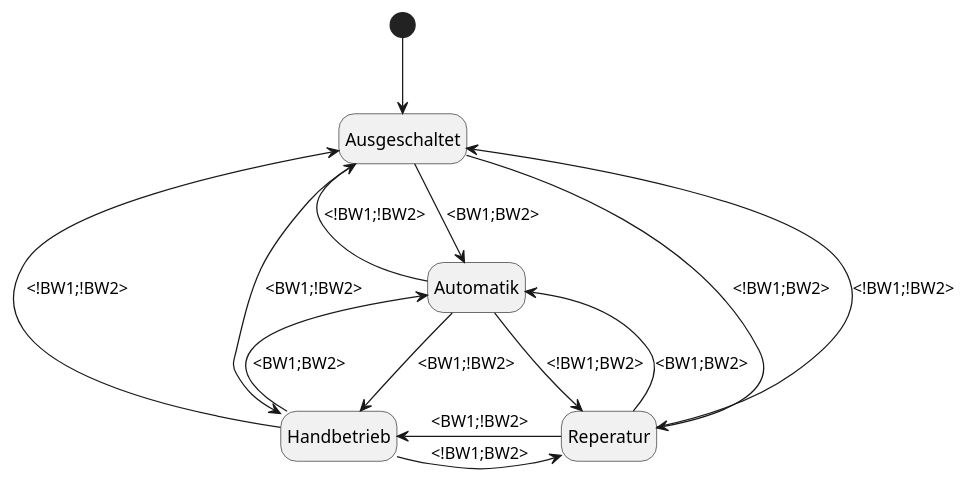
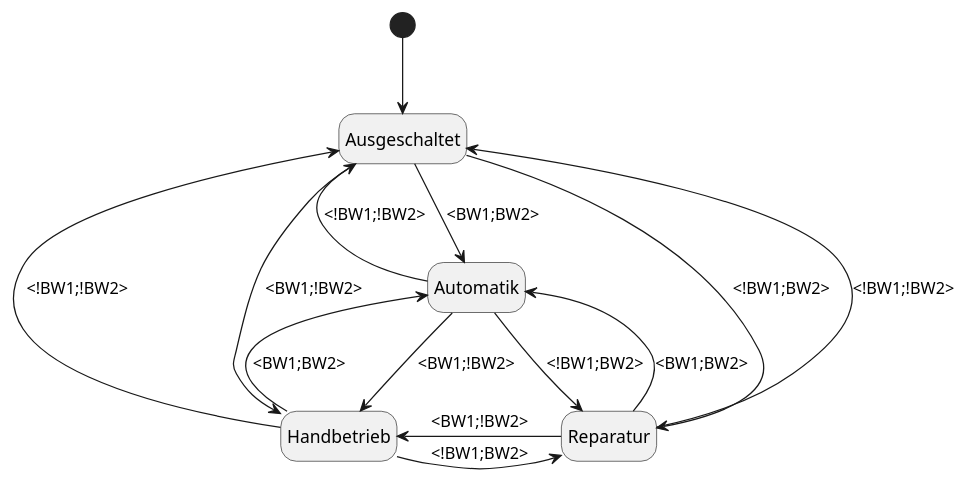
Before and after one commit to duha887b/ART-1_Tuersteuerung: the diagram in Workspace_ART1-Tuersteuerung_2022.05/Tuersteuerung/UML/Automat_Betriebswahl.puml, drawn with PlantUML. The commit also changed 2 other files, not shown here.

```diff
--- a/Workspace_ART1-Tuersteuerung_2022.05/Tuersteuerung/UML/Automat_Betriebswahl.puml
+++ b/Workspace_ART1-Tuersteuerung_2022.05/Tuersteuerung/UML/Automat_Betriebswahl.puml
@@ -1,25 +1,25 @@
 @startuml
 hide empty description
 
 [*] --> Ausgeschaltet
-Ausgeschaltet  -right-> Reperatur : <!BW1;BW2>
+Ausgeschaltet  -right-> Reparatur : <!BW1;BW2>
 Ausgeschaltet  -down-> Automatik : <BW1;BW2>
 Ausgeschaltet  -down-> Handbetrieb : <BW1;!BW2>
 
 
-Ausgeschaltet  <- Reperatur : <!BW1;!BW2>
+Ausgeschaltet  <- Reparatur : <!BW1;!BW2>
 Ausgeschaltet  <- Handbetrieb : <!BW1;!BW2>
 Ausgeschaltet  <- Automatik : <!BW1;!BW2>
 
-Reperatur --> Automatik : <BW1;BW2>
-Reperatur -left-> Handbetrieb : <BW1;!BW2>
+Reparatur --> Automatik : <BW1;BW2>
+Reparatur -left-> Handbetrieb : <BW1;!BW2>
 
 
-Reperatur <- Automatik : <!BW1;BW2>
-Reperatur <- Handbetrieb : <!BW1;BW2>
+Reparatur <- Automatik : <!BW1;BW2>
+Reparatur <- Handbetrieb : <!BW1;BW2>
 
 Automatik --> Handbetrieb : <BW1;!BW2>
 
 Automatik <-- Handbetrieb : <BW1;BW2>
 
 @enduml
```
